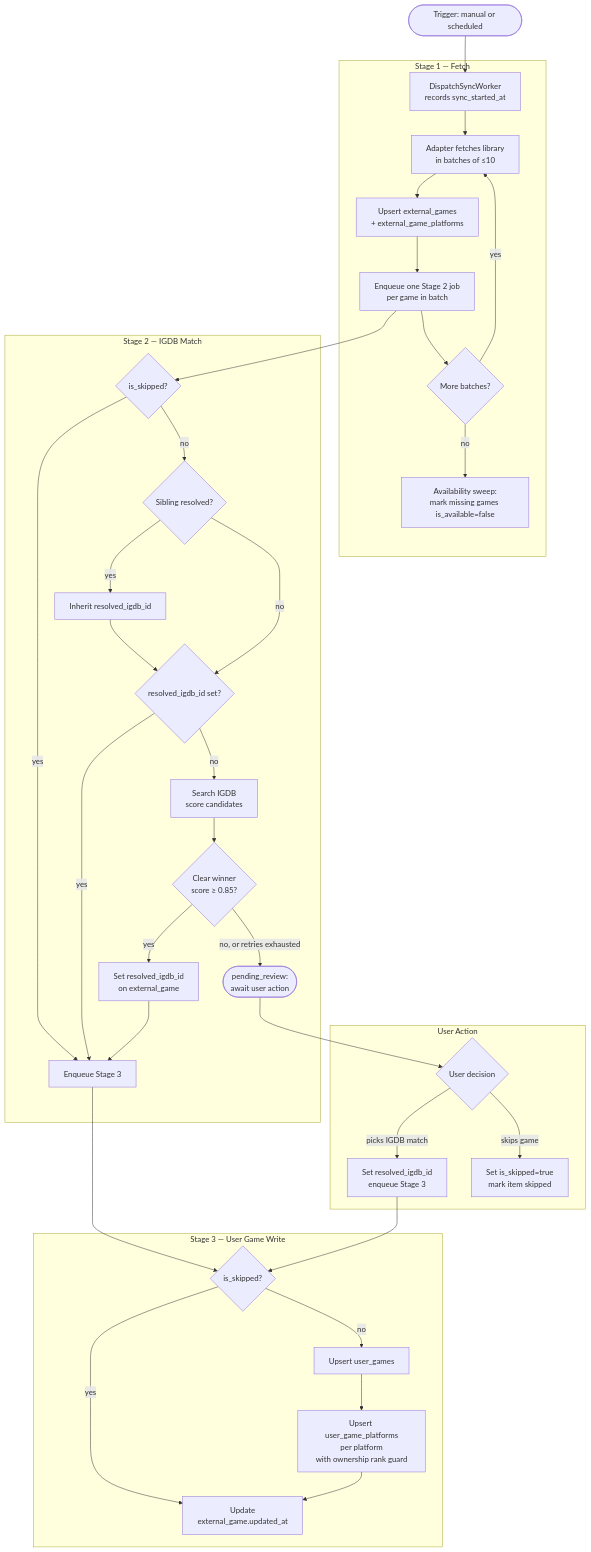
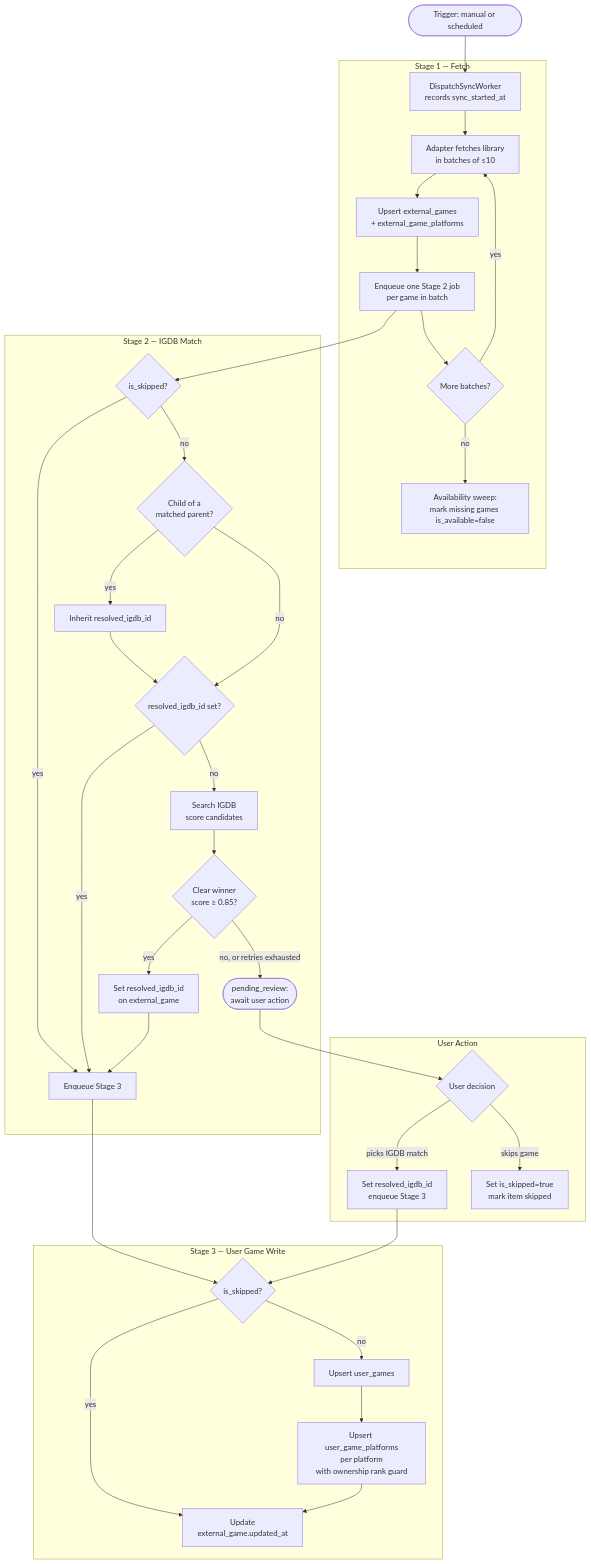
One commit to drzero42/nexorious changed the first of 2 diagrams in docs/sync.md. Above: the diagram before and after it, drawn with Mermaid. The commit also changed other lines of this file and 7 other files, not shown here.

Commit message:
fix(sync): never let a child game wait on a parent that has no item in the sync (#1364)

````diff
--- a/docs/sync.md
+++ b/docs/sync.md
@@ -90,44 +90,44 @@
 ```mermaid
 flowchart TD
     A([Trigger: manual or scheduled]) --> B
 
     subgraph Stage1["Stage 1 — Fetch"]
         B[DispatchSyncWorker<br/>records sync_started_at] --> C
         C[Adapter fetches library<br/>in batches of ≤10] --> D
         D[Upsert external_games<br/>+ external_game_platforms] --> E
         E[Enqueue one Stage 2 job<br/>per game in batch] --> F{More batches?}
         F -->|yes| C
         F -->|no| G[Availability sweep:<br/>mark missing games is_available=false]
     end
 
     subgraph Stage2["Stage 2 — IGDB Match"]
         H{is_skipped?} -->|yes| L
-        H -->|no| I{Sibling resolved?}
+        H -->|no| I{Child of a<br/>matched parent?}
         I -->|yes| J[Inherit resolved_igdb_id]
         J --> K{resolved_igdb_id set?}
         I -->|no| K
         K -->|yes| L[Enqueue Stage 3]
         K -->|no| N[Search IGDB<br/>score candidates]
         N --> O{Clear winner<br/>score ≥ 0.85?}
         O -->|yes| P[Set resolved_igdb_id<br/>on external_game]
         P --> L
         O -->|no, or retries exhausted| M([pending_review:<br/>await user action])
     end
 
     subgraph Stage3["Stage 3 — User Game Write"]
         S3A{is_skipped?} -->|yes| S3D[Update<br/>external_game.updated_at]
         S3A -->|no| S3B[Upsert user_games]
         S3B --> S3C[Upsert user_game_platforms<br/>per platform<br/>with ownership rank guard]
         S3C --> S3D
     end
 
     subgraph UserAction["User Action"]
         M --> R{User decision}
         R -->|picks IGDB match| S[Set resolved_igdb_id<br/>enqueue Stage 3]
         R -->|skips game| T[Set is_skipped=true<br/>mark item skipped]
     end
 
     E --> H
     L --> S3A
     S --> S3A
 ```
````
